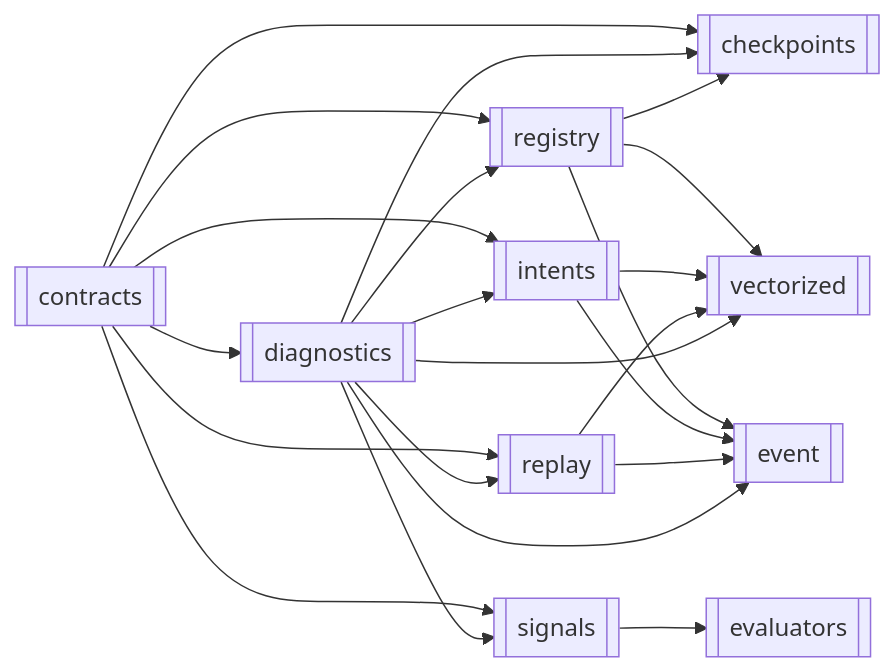
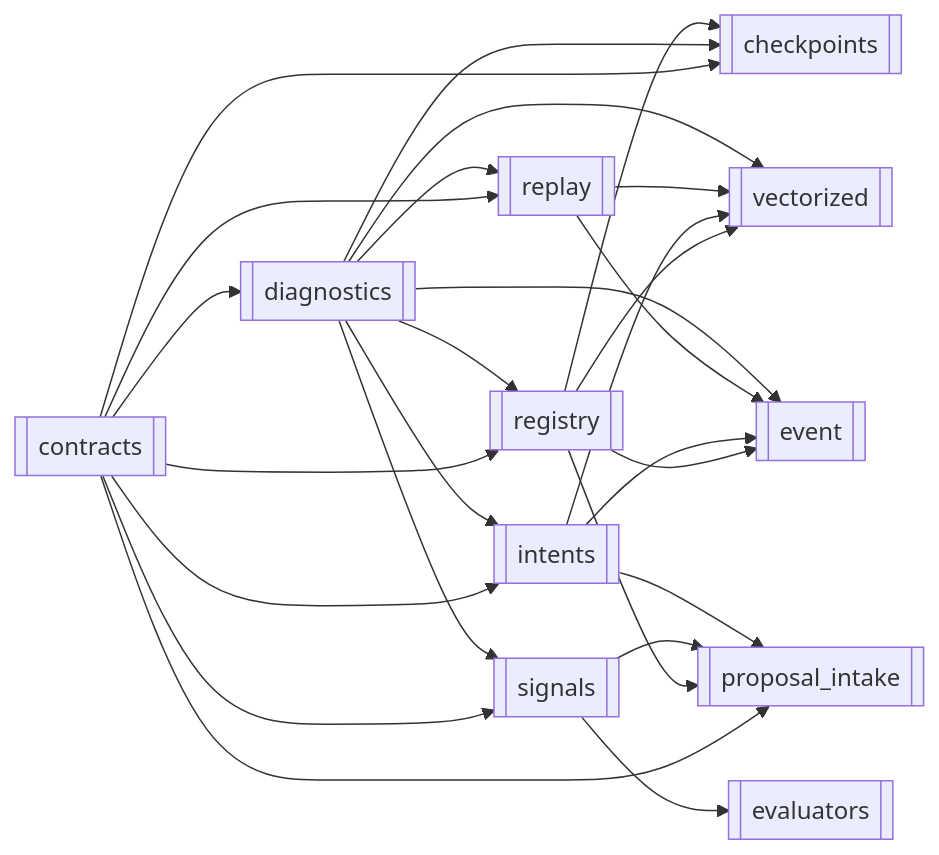
The second of 2 diagrams in app/services/strategy/README.md (haruperi/HaruQuantAI), drawn with Mermaid before and after one commit. The commit also changed other lines of this file and 155 other files, not shown here.

````diff
--- a/app/services/strategy/README.md
+++ b/app/services/strategy/README.md
@@ -328,35 +334,40 @@
 ```mermaid
 flowchart LR
     CON[[contracts]]
     DIA[[diagnostics]]
     REG[[registry]]
     INT[[intents]]
     REP[[replay]]
     CHK[[checkpoints]]
     VEC[[vectorized]]
     EVT[[event]]
     SIG[[signals]]
     EVAL[[evaluators]]
+    PROP[[proposal_intake]]
 
     CON --> DIA
     CON --> REG
     DIA --> REG
     CON --> INT
+    CON --> PROP
+    REG --> PROP
+    SIG --> PROP
+    INT --> PROP
     DIA --> INT
     CON --> REP
     DIA --> REP
     CON --> CHK
     DIA --> CHK
     REG --> CHK
     REG --> VEC
     INT --> VEC
     REP --> VEC
     DIA --> VEC
     REG --> EVT
     INT --> EVT
     REP --> EVT
     DIA --> EVT
     CON --> SIG
     DIA --> SIG
     SIG --> EVAL
 ```
````
